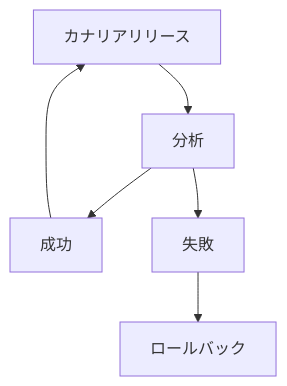
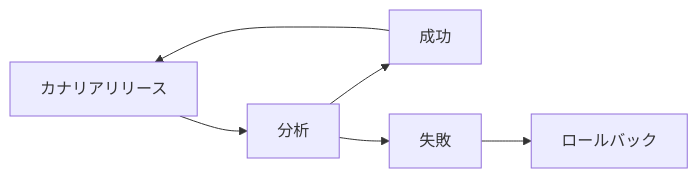
One commit to cloudnativedaysjp/cnd-handson changed the diagram in chapter05b_argo-rollouts/README.md. Above: the diagram before and after it, drawn with Mermaid.

````diff
--- a/chapter05b_argo-rollouts/README.md
+++ b/chapter05b_argo-rollouts/README.md
@@ -9,8 +9,8 @@
 ```mermaid
-graph TD;
+graph LR;
     カナリアリリース-->分析;
     分析-->成功;
     分析-->失敗;
     失敗-->ロールバック;
     成功-->カナリアリリース
 ```
````
